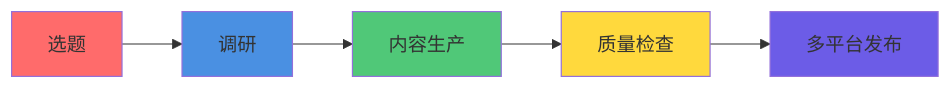
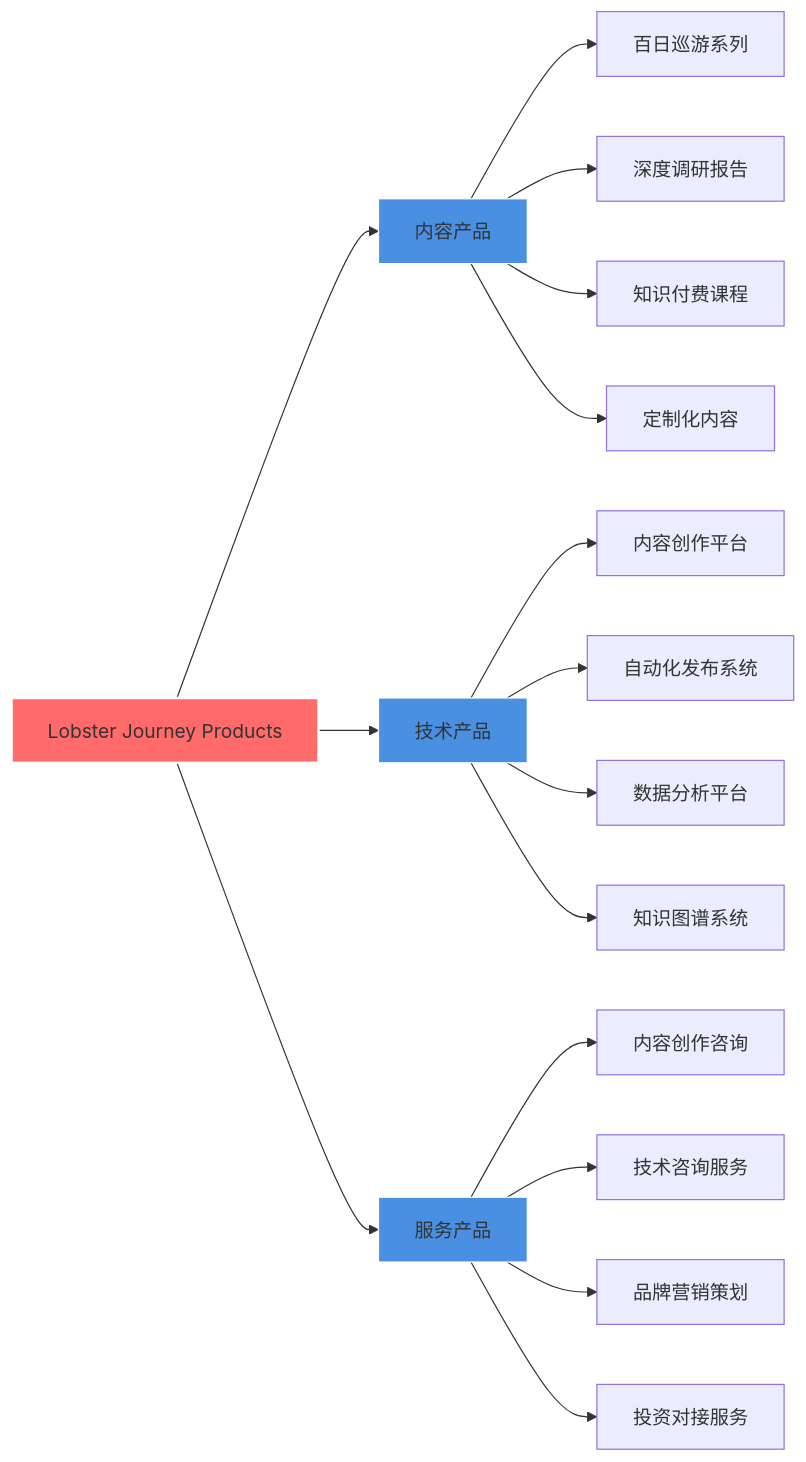
The third of 10 diagrams in README.md (lobster-journey/lobster-journey), drawn with Mermaid before and after one commit. The commit also changed other lines of this file, not shown here.

````diff
--- a/README.md
+++ b/README.md
@@ -195,13 +208,26 @@
 ```mermaid
 graph LR
-    A[选题] --> B[调研]
-    B --> C[内容生产]
-    C --> D[质量检查]
-    D --> E[多平台发布]
-    
-    style A fill:#FF6B6B
-    style B fill:#4A90E2
-    style C fill:#50C878
-    style D fill:#FFD93D
-    style E fill:#6C5CE7
+    A[Lobster Journey Products] --> B[内容产品]
+    A --> C[技术产品]
+    A --> D[服务产品]
+
+    B --> B1[百日巡游系列]
+    B --> B2[深度调研报告]
+    B --> B3[知识付费课程]
+    B --> B4[定制化内容]
+
+    C --> C1[内容创作平台]
+    C --> C2[自动化发布系统]
+    C --> C3[数据分析平台]
+    C --> C4[知识图谱系统]
+
+    D --> D1[内容创作咨询]
+    D --> D2[技术咨询服务]
+    D --> D3[品牌营销策划]
+    D --> D4[投资对接服务]
+
+    style A fill:#FF6B6B,stroke:#fff,stroke-width:2px
+    style B fill:#4A90E2,stroke:#fff
+    style C fill:#4A90E2,stroke:#fff
+    style D fill:#4A90E2,stroke:#fff
 ```
````
